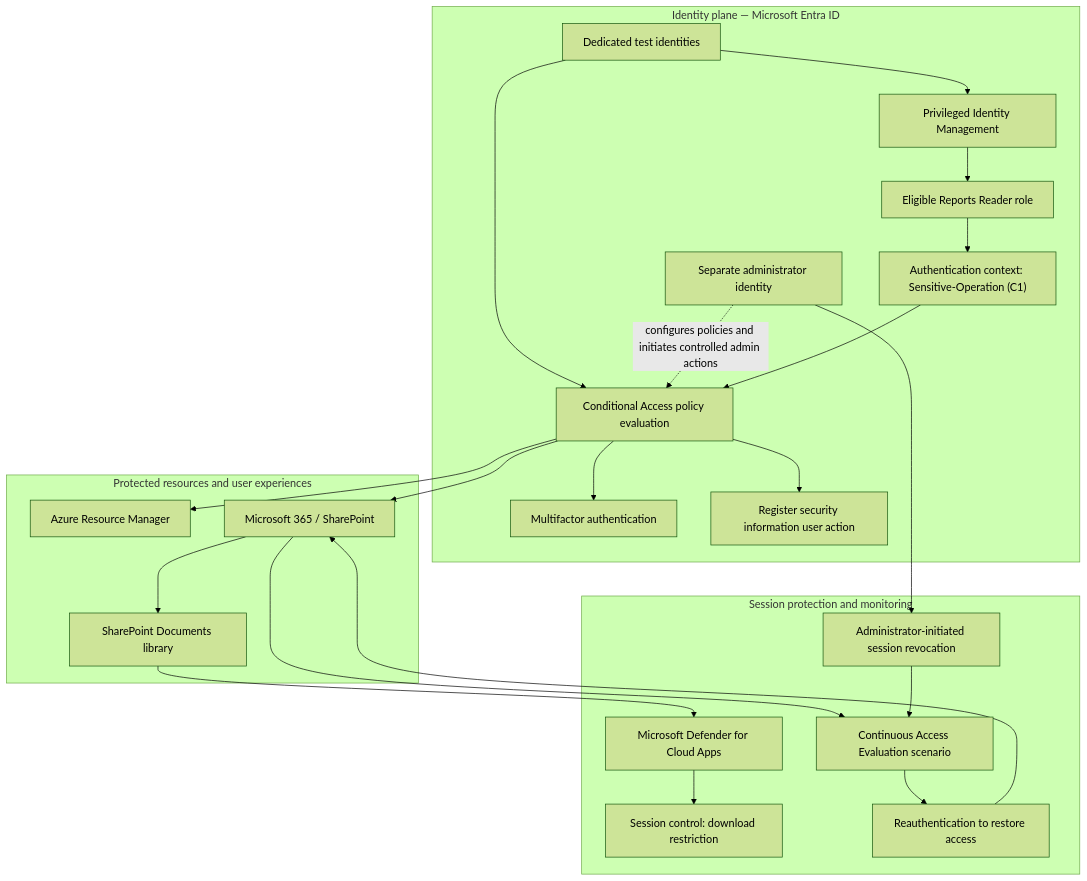
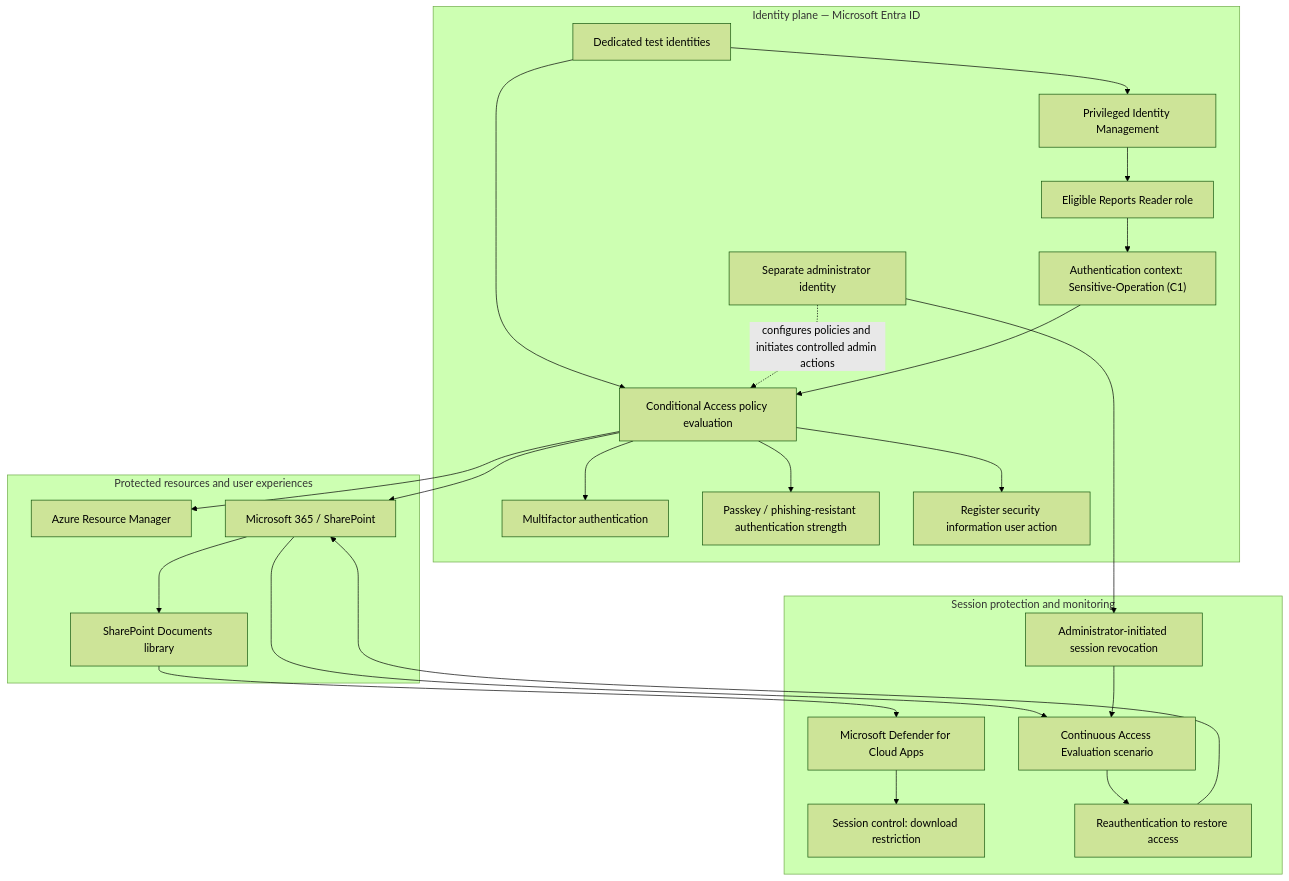
Before and after one commit to fikkysam/identity-and-access-management-conditional-access-policy-: the diagram in architecture.md, drawn with Mermaid (forest theme). The commit also changed other lines of this file, not shown here.

Commit message:
Update portfolio architecture for Lab 11 phishing-resistant authentication

````diff
--- a/architecture.md
+++ b/architecture.md
@@ -7,49 +7,51 @@
 ```mermaid
 flowchart TB
     subgraph IDENTITY["Identity plane — Microsoft Entra ID"]
         TEST["Dedicated test identities"]
         ADMIN["Separate administrator identity"]
         CA["Conditional Access policy evaluation"]
         MFA["Multifactor authentication"]
+        PASSKEY["Passkey / phishing-resistant authentication strength"]
         REG["Register security information user action"]
         AUTHCTX["Authentication context: Sensitive-Operation (C1)"]
         PIM["Privileged Identity Management"]
         ROLE["Eligible Reports Reader role"]
     end
 
     subgraph RESOURCES["Protected resources and user experiences"]
         ARM["Azure Resource Manager"]
         M365["Microsoft 365 / SharePoint"]
         DOCS["SharePoint Documents library"]
     end
 
     subgraph SESSION["Session protection and monitoring"]
         DEFENDER["Microsoft Defender for Cloud Apps"]
         SESSIONCTRL["Session control: download restriction"]
         CAE["Continuous Access Evaluation scenario"]
         REVOKE["Administrator-initiated session revocation"]
         REAUTH["Reauthentication to restore access"]
     end
 
     TEST --> CA
     ADMIN -. "configures policies and initiates controlled admin actions" .-> CA
     CA --> MFA
+    CA --> PASSKEY
     CA --> REG
     CA --> ARM
     CA --> M365
 
     TEST --> PIM
     PIM --> ROLE
     ROLE --> AUTHCTX
     AUTHCTX --> CA
 
     M365 --> DOCS
     DOCS --> DEFENDER
     DEFENDER --> SESSIONCTRL
 
     M365 --> CAE
     ADMIN --> REVOKE
     REVOKE --> CAE
     CAE --> REAUTH
     REAUTH --> M365
 ```
````
